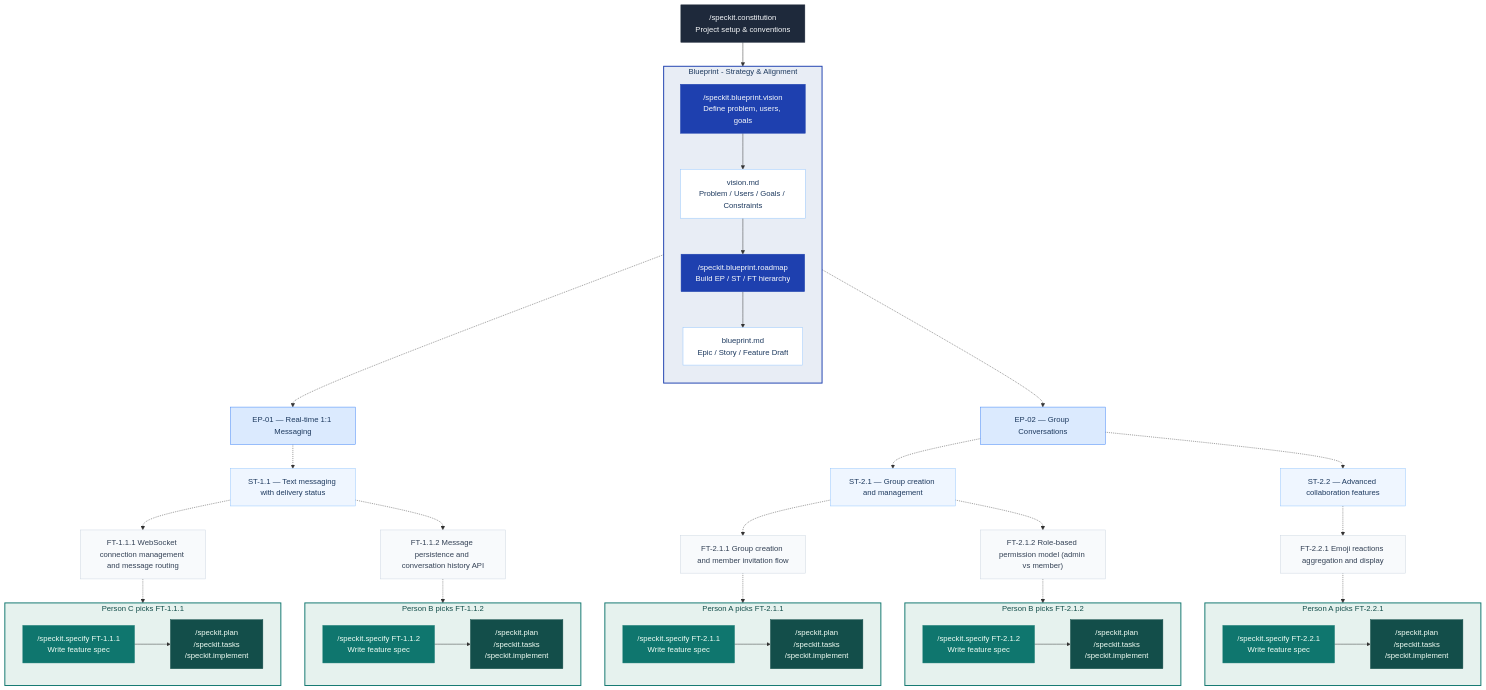
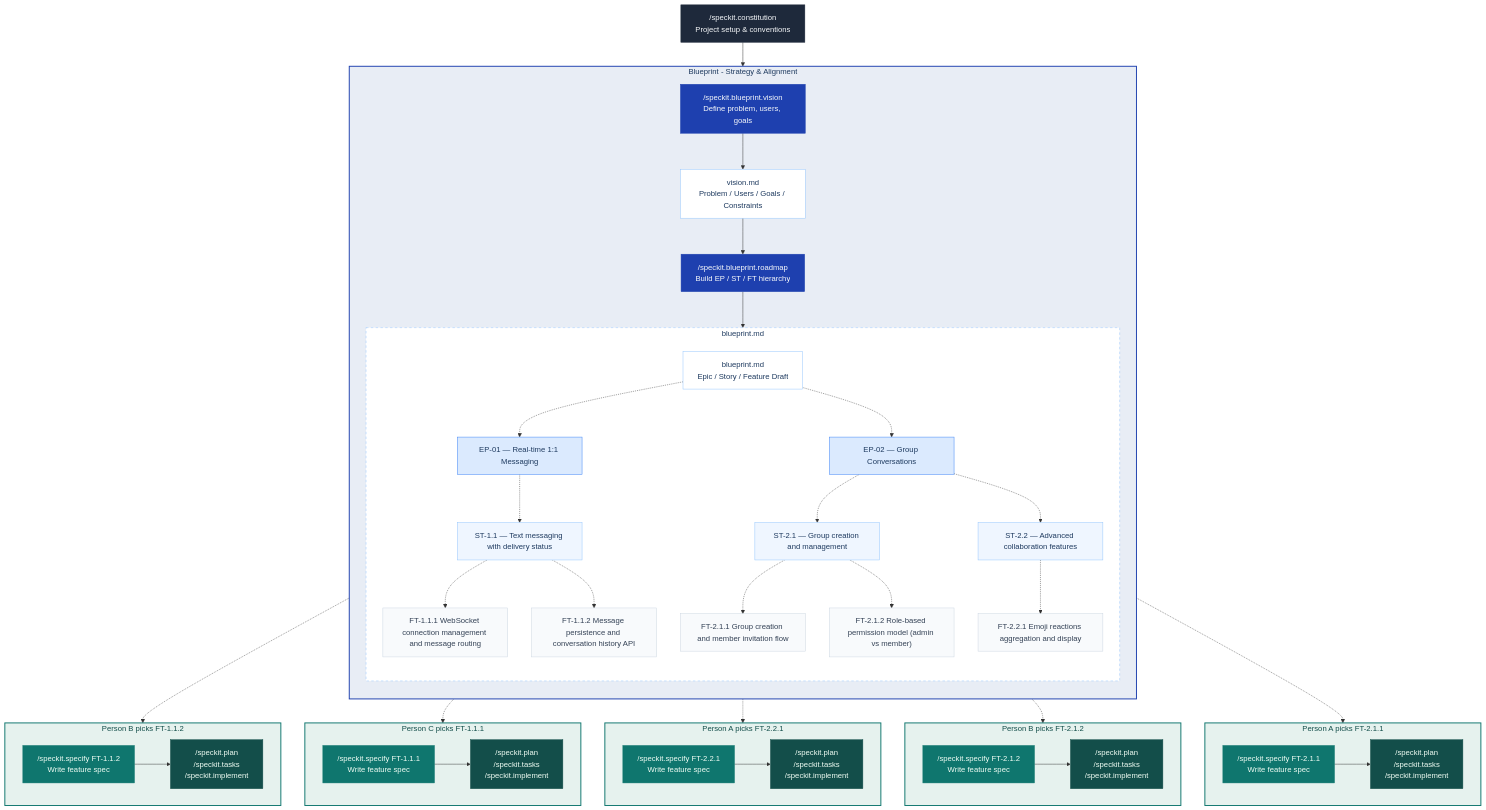
One commit to jaeryun/spec-kit-blueprint changed the diagram in README.md. Above: the diagram before and after it, drawn with Mermaid.

Commit message:
docs: nest EP-ST-FT hierarchy inside blueprint.md box and fix ordering

```diff
--- a/README.md
+++ b/README.md
@@ -28,6 +28,21 @@
         B --> V["vision.md<br/>Problem / Users / Goals / Constraints"]
         V --> C["/speckit.blueprint.roadmap<br/>Build EP / ST / FT hierarchy"]
         C --> R["blueprint.md<br/>Epic / Story / Feature Draft"]
+
+        subgraph HIER ["blueprint.md"]
+            direction TB
+            R -.-> EP1["EP-01 — Real-time 1:1 Messaging"]
+            EP1 -.-> ST1["ST-1.1 — Text messaging with delivery status"]
+            ST1 -.-> FT1a["FT-1.1.1 WebSocket connection management and message routing"]
+            ST1 -.-> FT1b["FT-1.1.2 Message persistence and conversation history API"]
+
+            R -.-> EP2["EP-02 — Group Conversations"]
+            EP2 -.-> ST2["ST-2.1 — Group creation and management"]
+            ST2 -.-> FT2a["FT-2.1.1 Group creation and member invitation flow"]
+            ST2 -.-> FT2b["FT-2.1.2 Role-based permission model (admin vs member)"]
+            EP2 -.-> ST3["ST-2.2 — Advanced collaboration features"]
+            ST3 -.-> FT2c["FT-2.2.1 Emoji reactions aggregation and display"]
+        end
     end
 
     subgraph DEV1 ["Person A picks FT-2.1.1"]
@@ -55,25 +70,14 @@
         S3b["/speckit.specify FT-1.1.2<br/>Write feature spec"] --> N3b["/speckit.plan<br/>/speckit.tasks<br/>/speckit.implement"]
     end
 
-    R -.-> EP2["EP-01 — Real-time 1:1 Messaging"]
-    EP2 -.-> ST3["ST-1.1 — Text messaging with delivery status"]
-    ST3 -.-> FT3a["FT-1.1.1 WebSocket connection management and message routing"]
-    ST3 -.-> FT3b["FT-1.1.2 Message persistence and conversation history API"]
-
-    R -.-> EP1["EP-02 — Group Conversations"]
-    EP1 -.-> ST1["ST-2.1 — Group creation and management"]
-    ST1 -.-> FT1a["FT-2.1.1 Group creation and member invitation flow"]
-    ST1 -.-> FT1b["FT-2.1.2 Role-based permission model (admin vs member)"]
-    EP1 -.-> ST2["ST-2.2 — Advanced collaboration features"]
-    ST2 -.-> FT2["FT-2.2.1 Emoji reactions aggregation and display"]
-
-    FT1a -.-> S1a
-    FT1b -.-> S1b
-    FT2 -.-> S2
-    FT3a -.-> S3a
-    FT3b -.-> S3b
+    FT1a -.-> S3a
+    FT1b -.-> S3b
+    FT2a -.-> S1a
+    FT2b -.-> S1b
+    FT2c -.-> S2
 
     style BP fill:#e8edf5,stroke:#1e40af,stroke-width:2px,color:#1e3a5f
+    style HIER fill:#ffffff,stroke:#93c5fd,stroke-dasharray: 5 5,color:#1e3a5f
     style DEV1 fill:#e6f2ee,stroke:#0f766e,stroke-width:2px,color:#134e4a
     style DEV2 fill:#e6f2ee,stroke:#0f766e,stroke-width:2px,color:#134e4a
     style DEV3 fill:#e6f2ee,stroke:#0f766e,stroke-width:2px,color:#134e4a
@@ -91,9 +95,9 @@
     style ST3 fill:#eff6ff,stroke:#93c5fd,color:#1e3a5f
     style FT1a fill:#f8fafc,stroke:#cbd5e1,color:#334155
     style FT1b fill:#f8fafc,stroke:#cbd5e1,color:#334155
-    style FT2 fill:#f8fafc,stroke:#cbd5e1,color:#334155
-    style FT3a fill:#f8fafc,stroke:#cbd5e1,color:#334155
-    style FT3b fill:#f8fafc,stroke:#cbd5e1,color:#334155
+    style FT2a fill:#f8fafc,stroke:#cbd5e1,color:#334155
+    style FT2b fill:#f8fafc,stroke:#cbd5e1,color:#334155
+    style FT2c fill:#f8fafc,stroke:#cbd5e1,color:#334155
     style S1a fill:#0f766e,stroke:#0f766e,color:#f0fdf4
     style S1b fill:#0f766e,stroke:#0f766e,color:#f0fdf4
     style S2 fill:#0f766e,stroke:#0f766e,color:#f0fdf4
```
